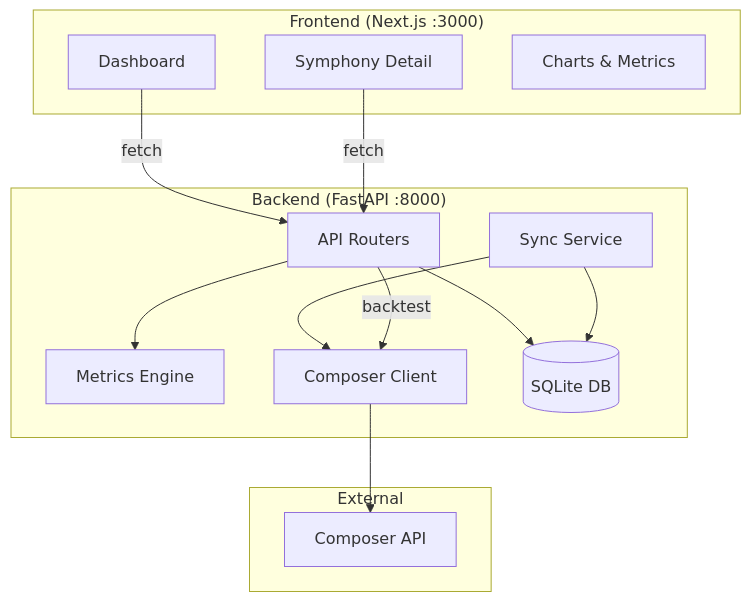
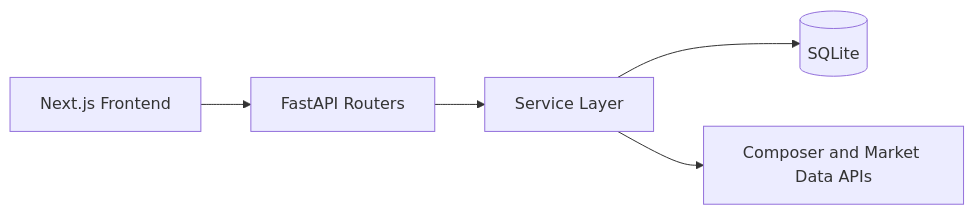
The first of 2 diagrams in docs/ARCHITECTURE.md (Latro37/portfolio_dashboard), drawn with Mermaid before and after one commit. The commit also changed other lines of this file and 14 other files, not shown here.

````diff
--- a/docs/ARCHITECTURE.md
+++ b/docs/ARCHITECTURE.md
@@ -14,29 +27,7 @@
 ```mermaid
-graph TB
-    subgraph External
-        COMPOSER[Composer API]
-    end
-
-    subgraph Backend ["Backend (FastAPI :8000)"]
-        API[API Routers]
-        SYNC[Sync Service]
-        METRICS[Metrics Engine]
-        CLIENT[Composer Client]
-        DB[(SQLite DB)]
-    end
-
-    subgraph Frontend ["Frontend (Next.js :3000)"]
-        DASH[Dashboard]
-        SYMPH[Symphony Detail]
-        CHARTS[Charts & Metrics]
-    end
-
-    DASH -->|fetch| API
-    SYMPH -->|fetch| API
-    API --> METRICS
-    API --> DB
-    SYNC --> CLIENT
-    CLIENT --> COMPOSER
-    SYNC --> DB
-    API -->|backtest| CLIENT
+flowchart LR
+    UI[Next.js Frontend] --> API[FastAPI Routers]
+    API --> SVC[Service Layer]
+    SVC --> DB[(SQLite)]
+    SVC --> EXT[Composer and Market Data APIs]
 ```
````
